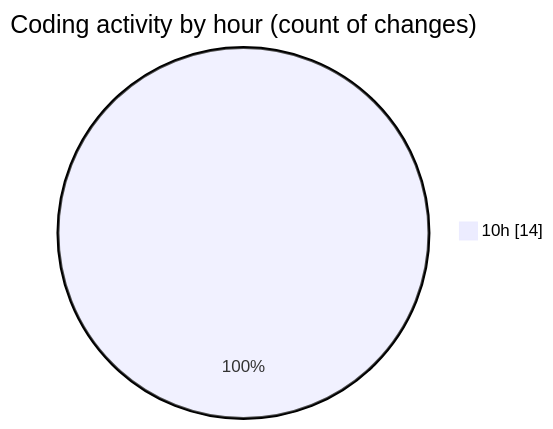
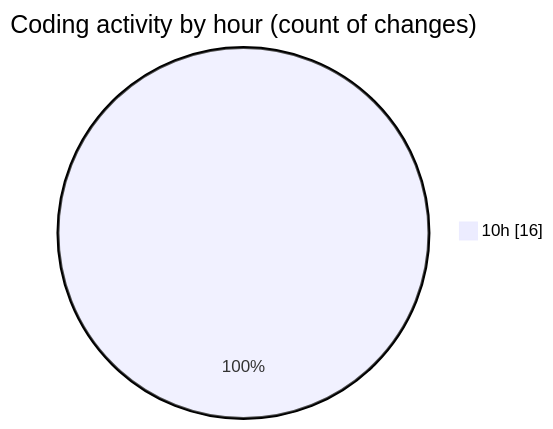
One commit to charlie-sans/code-tracking changed the second of 2 diagrams in 2025-02-20/micros/README.md. Above: the diagram before and after it, drawn with Mermaid. The commit also changed other lines of this file and 1 other file, not shown here.

````diff
--- a/2025-02-20/micros/README.md
+++ b/2025-02-20/micros/README.md
@@ -34,5 +34,5 @@
 ```mermaid
 pie showData
 title Coding activity by hour (count of changes)
-"10h" : 14
+"10h" : 16
 ```
````
